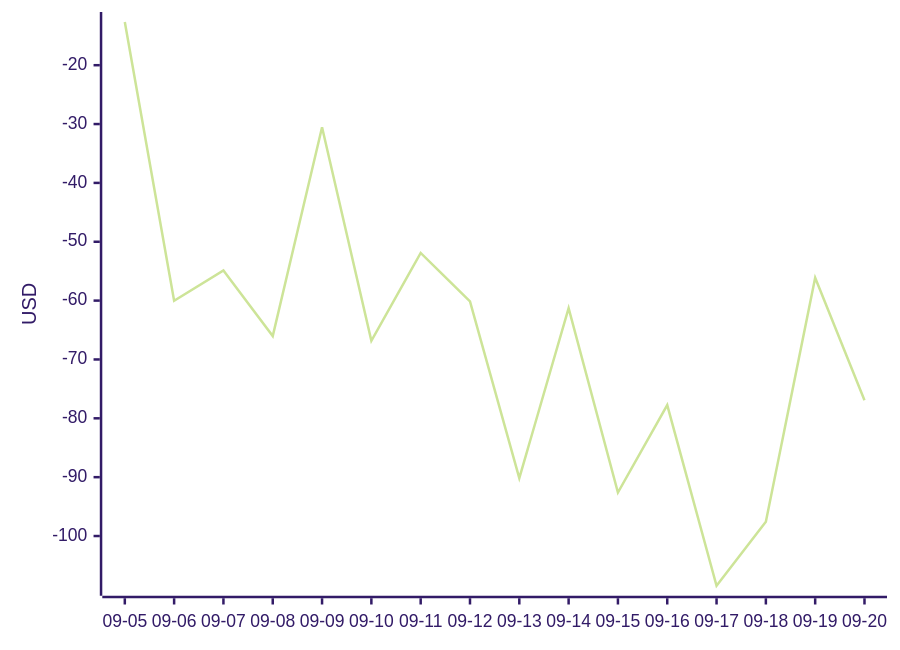
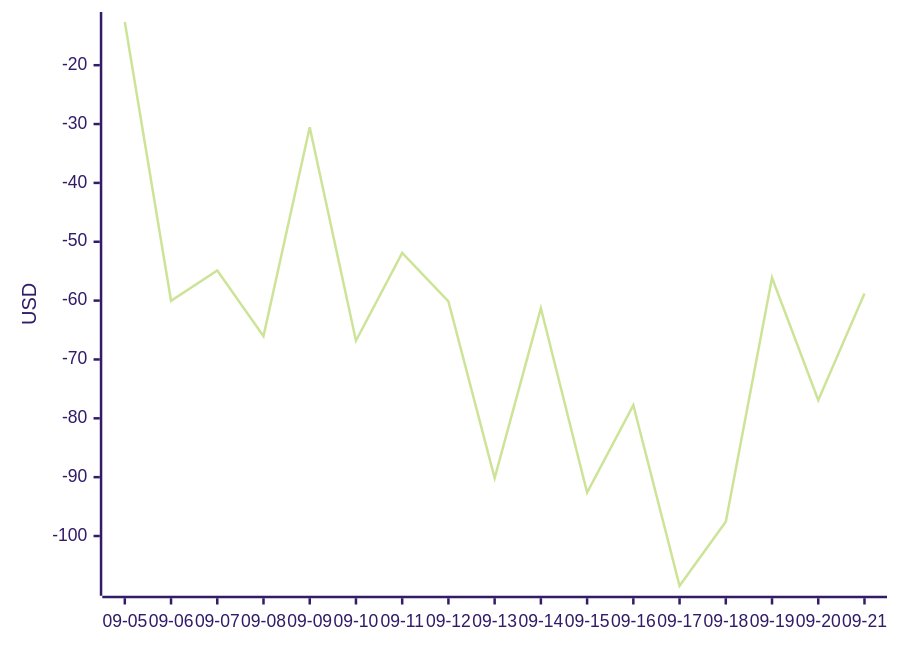
Before and after one commit to aryanvaid2108/prediction-trading: the diagram in DASHBOARD.md, drawn with Mermaid (forest theme). The commit also changed other lines of this file and 7 other files, not shown here.

````diff
--- a/DASHBOARD.md
+++ b/DASHBOARD.md
@@ -65,6 +65,6 @@
 ```mermaid
 xychart-beta
-  x-axis ["09-05", "09-06", "09-07", "09-08", "09-09", "09-10", "09-11", "09-12", "09-13", "09-14", "09-15", "09-16", "09-17", "09-18", "09-19", "09-20"]
+  x-axis ["09-05", "09-06", "09-07", "09-08", "09-09", "09-10", "09-11", "09-12", "09-13", "09-14", "09-15", "09-16", "09-17", "09-18", "09-19", "09-20", "09-21"]
   y-axis "USD"
-  line [-12.66, -60.03, -54.88, -66.03, -30.54, -66.82, -51.90, -60.13, -90.16, -61.28, -92.62, -77.76, -108.45, -97.57, -56.11, -76.93]
+  line [-12.66, -60.03, -54.88, -66.03, -30.54, -66.82, -51.90, -60.13, -90.16, -61.28, -92.62, -77.76, -108.45, -97.57, -56.11, -76.93, -58.79]
 ```
````
